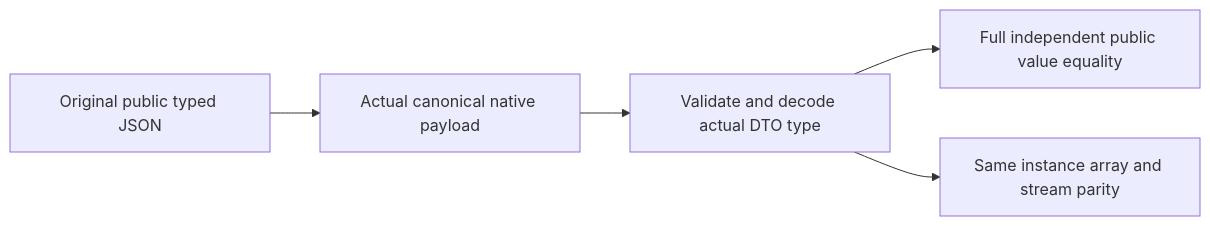
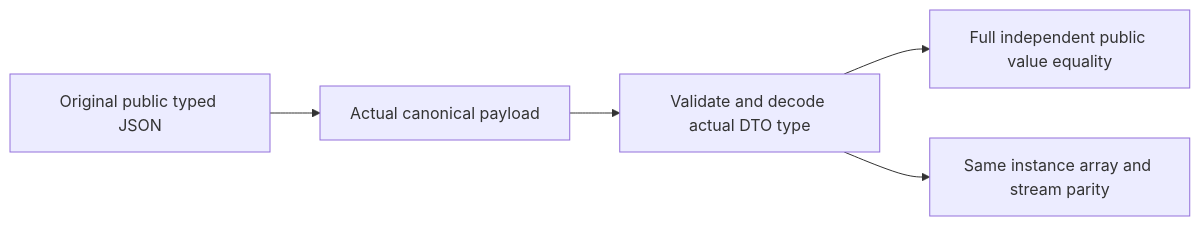
One commit to managedcode/KeyLoad changed the first of 2 diagrams in docs/ADR/ADR-065-full-sql-client-compatibility.md. Above: the diagram before and after it, drawn with Mermaid. The commit also changed other lines of this file and 9016 other files, not shown here.

````diff
--- a/docs/ADR/ADR-065-full-sql-client-compatibility.md
+++ b/docs/ADR/ADR-065-full-sql-client-compatibility.md
@@ -41,7 +41,7 @@
 ```mermaid
 flowchart LR
-    Input[Original public typed JSON] --> Native[Actual canonical native payload]
-    Native --> Typed[Validate and decode actual DTO type]
+    Input[Original public typed JSON] --> Execution[Actual canonical payload]
+    Execution --> Typed[Validate and decode actual DTO type]
     Typed --> Value[Full independent public value equality]
     Typed --> Writers[Same instance array and stream parity]
 ```
````
